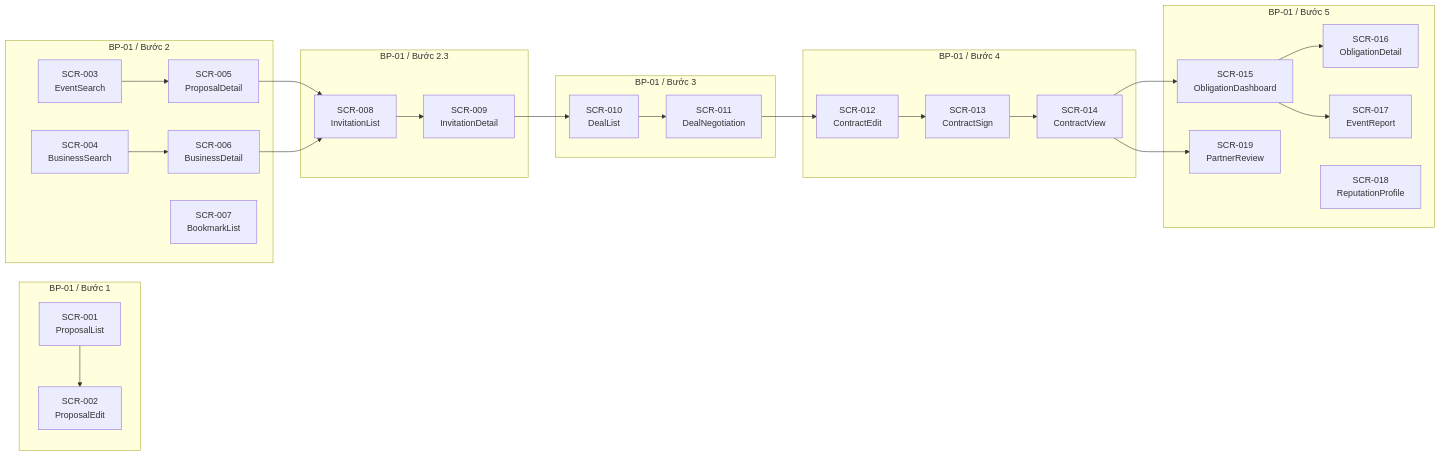
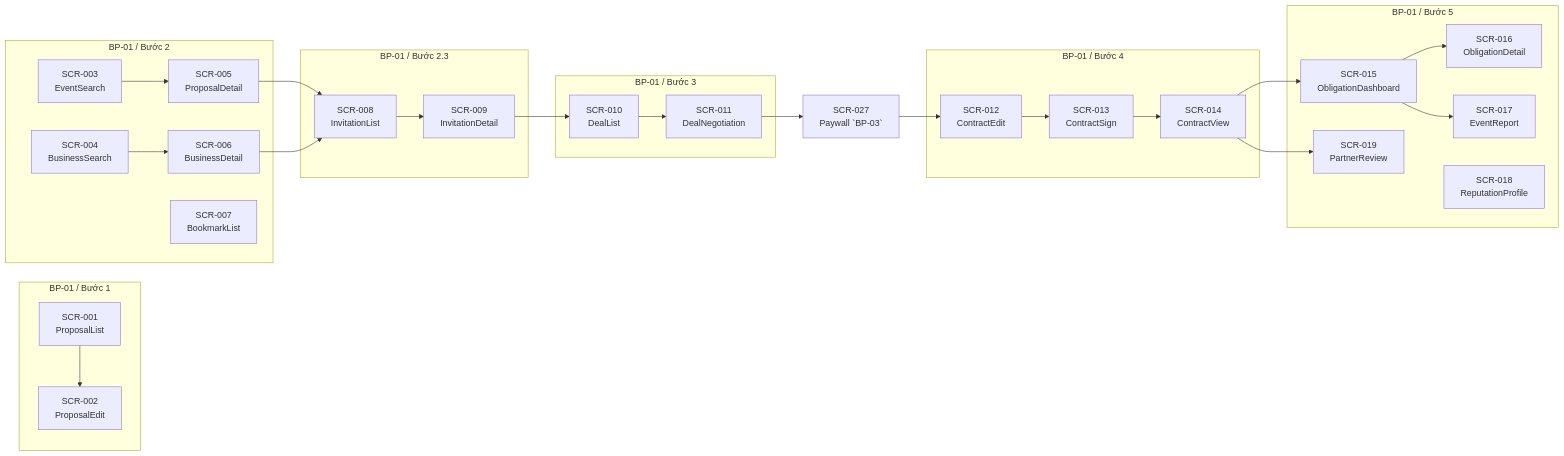
The diagram in docs/requirements/screens/processes-mapping/BP01_screens.md (lhlam2515/unilink-requirement-engineering), drawn with Mermaid before and after one commit. The commit also changed other lines of this file and 5 other files, not shown here.

````diff
--- a/docs/requirements/screens/processes-mapping/BP01_screens.md
+++ b/docs/requirements/screens/processes-mapping/BP01_screens.md
@@ -88,55 +92,56 @@
 ```mermaid
 graph LR
     subgraph "BP-01 / Bước 1"
         SCR001[SCR-001<br/>ProposalList]
         SCR002[SCR-002<br/>ProposalEdit]
     end
 
     subgraph "BP-01 / Bước 2"
         SCR003[SCR-003<br/>EventSearch]
         SCR004[SCR-004<br/>BusinessSearch]
         SCR005[SCR-005<br/>ProposalDetail]
         SCR006[SCR-006<br/>BusinessDetail]
         SCR007[SCR-007<br/>BookmarkList]
     end
 
     subgraph "BP-01 / Bước 2.3"
         SCR008[SCR-008<br/>InvitationList]
         SCR009[SCR-009<br/>InvitationDetail]
     end
 
     subgraph "BP-01 / Bước 3"
         SCR010[SCR-010<br/>DealList]
         SCR011[SCR-011<br/>DealNegotiation]
     end
 
     subgraph "BP-01 / Bước 4"
         SCR012[SCR-012<br/>ContractEdit]
         SCR013[SCR-013<br/>ContractSign]
         SCR014[SCR-014<br/>ContractView]
     end
 
     subgraph "BP-01 / Bước 5"
         SCR015[SCR-015<br/>ObligationDashboard]
         SCR016[SCR-016<br/>ObligationDetail]
         SCR017[SCR-017<br/>EventReport]
         SCR018[SCR-018<br/>ReputationProfile]
         SCR019[SCR-019<br/>PartnerReview]
     end
 
     SCR001 --> SCR002
     SCR003 --> SCR005
     SCR004 --> SCR006
     SCR005 --> SCR008
     SCR006 --> SCR008
     SCR008 --> SCR009
     SCR009 --> SCR010
     SCR010 --> SCR011
-    SCR011 --> SCR012
+    SCR011 --> SCR027[SCR-027<br/>Paywall `BP-03`]
+    SCR027 --> SCR012
     SCR012 --> SCR013
     SCR013 --> SCR014
     SCR014 --> SCR015
     SCR015 --> SCR016
     SCR015 --> SCR017
     SCR014 --> SCR019
 ```
````
